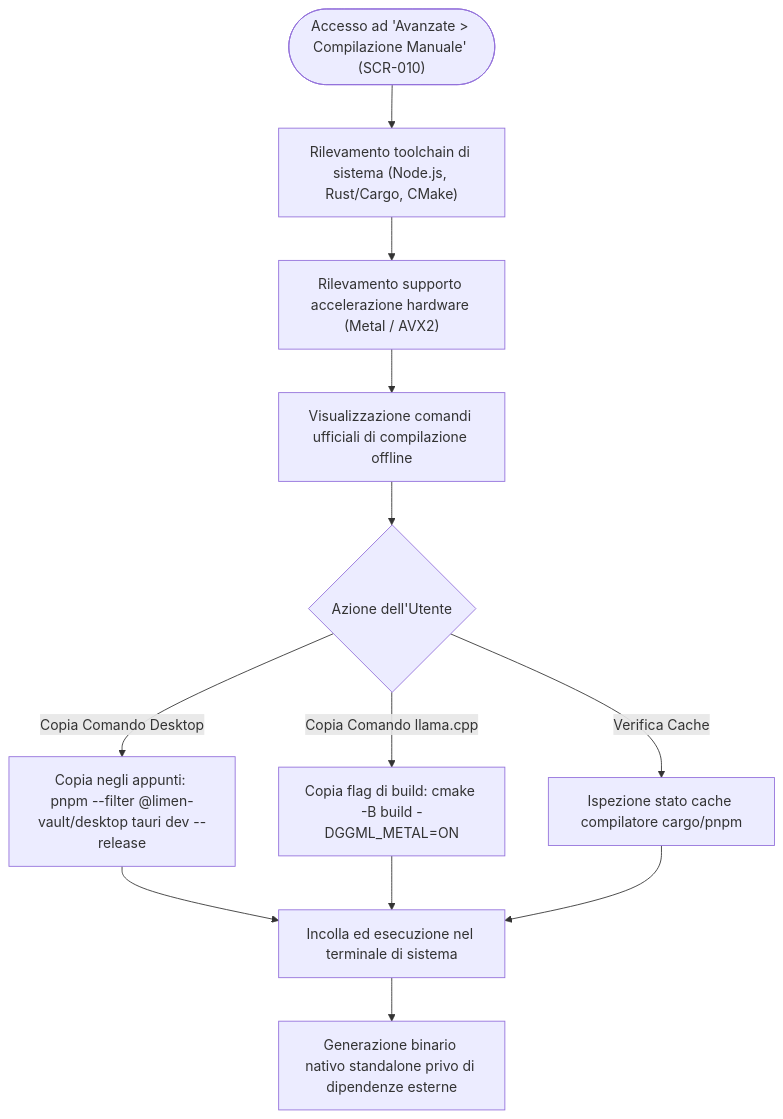
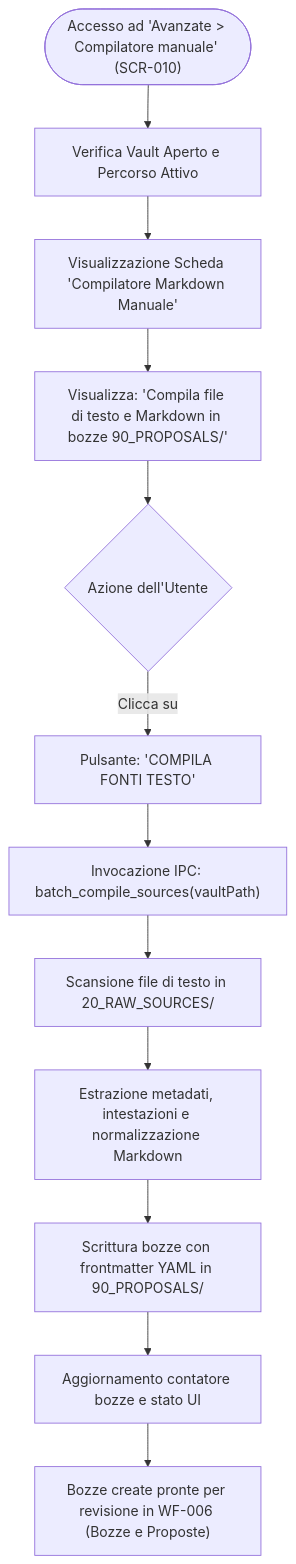
Before and after one commit to Arkai-Italia/Limen-vault: diagram 12 of 18 in DOCUMENTATION_SOURCE_PACKAGE/10_EXPORT/ALL_MERMAID_SOURCES.md, drawn with Mermaid. The commit also changed other lines of this file and 41 other files, not shown here.

````diff
--- a/DOCUMENTATION_SOURCE_PACKAGE/10_EXPORT/ALL_MERMAID_SOURCES.md
+++ b/DOCUMENTATION_SOURCE_PACKAGE/10_EXPORT/ALL_MERMAID_SOURCES.md
@@ -438,18 +439,17 @@
 ```mermaid
 graph TD
-    Trigger(["Accesso ad 'Avanzate > Compilazione Manuale' (SCR-010)"]) --> CheckEnv["Rilevamento toolchain di sistema (Node.js, Rust/Cargo, CMake)"]
-    CheckEnv --> CheckMetal["Rilevamento supporto accelerazione hardware (Metal / AVX2)"]
-    CheckMetal --> RenderCommands["Visualizzazione comandi ufficiali di compilazione offline"]
+    Trigger(["Accesso ad 'Avanzate > Compilatore manuale' (SCR-010)"]) --> CheckVault["Verifica Vault Aperto e Percorso Attivo"]
+    CheckVault --> RenderUI["Visualizzazione Scheda 'Compilatore Markdown Manuale'"]
+    RenderUI --> Subtitle["Visualizza: 'Compila file di testo e Markdown in bozze 90_PROPOSALS/'"]
 
-    RenderCommands --> CopyCommand{"Azione dell'Utente"}
+    Subtitle --> UserAction{"Azione dell'Utente"}
+    UserAction -->|Clicca su| BtnCompile["Pulsante: 'COMPILA FONTI TESTO'"]
 
-    CopyCommand -->|Copia Comando Desktop| CopyDesktop["Copia negli appunti: pnpm --filter @limen-vault/desktop tauri dev --release"]
-    CopyCommand -->|Copia Comando llama.cpp| CopyLlama["Copia flag di build: cmake -B build -DGGML_METAL=ON"]
-    CopyCommand -->|Verifica Cache| ViewCacheStatus["Ispezione stato cache compilatore cargo/pnpm"]
+    BtnCompile --> TriggerBatch["Invocazione IPC: batch_compile_sources(vaultPath)"]
+    TriggerBatch --> ScanRaw["Scansione file di testo in 20_RAW_SOURCES/"]
+    ScanRaw --> ExtractStructure["Estrazione metadati, intestazioni e normalizzazione Markdown"]
+    ExtractStructure --> WriteProposals["Scrittura bozze con frontmatter YAML in 90_PROPOSALS/"]
 
-    CopyDesktop --> PasteTerminal["Incolla ed esecuzione nel terminale di sistema"]
-    CopyLlama --> PasteTerminal
-    ViewCacheStatus --> PasteTerminal
-
-    PasteTerminal --> BinaryOutput["Generazione binario nativo standalone privo di dipendenze esterne"]
+    WriteProposals --> UpdateCount["Aggiornamento contatore bozze e stato UI"]
+    UpdateCount --> SuccessNotice["Bozze create pronte per revisione in WF-006 (Bozze e Proposte)"]
 ```
````
